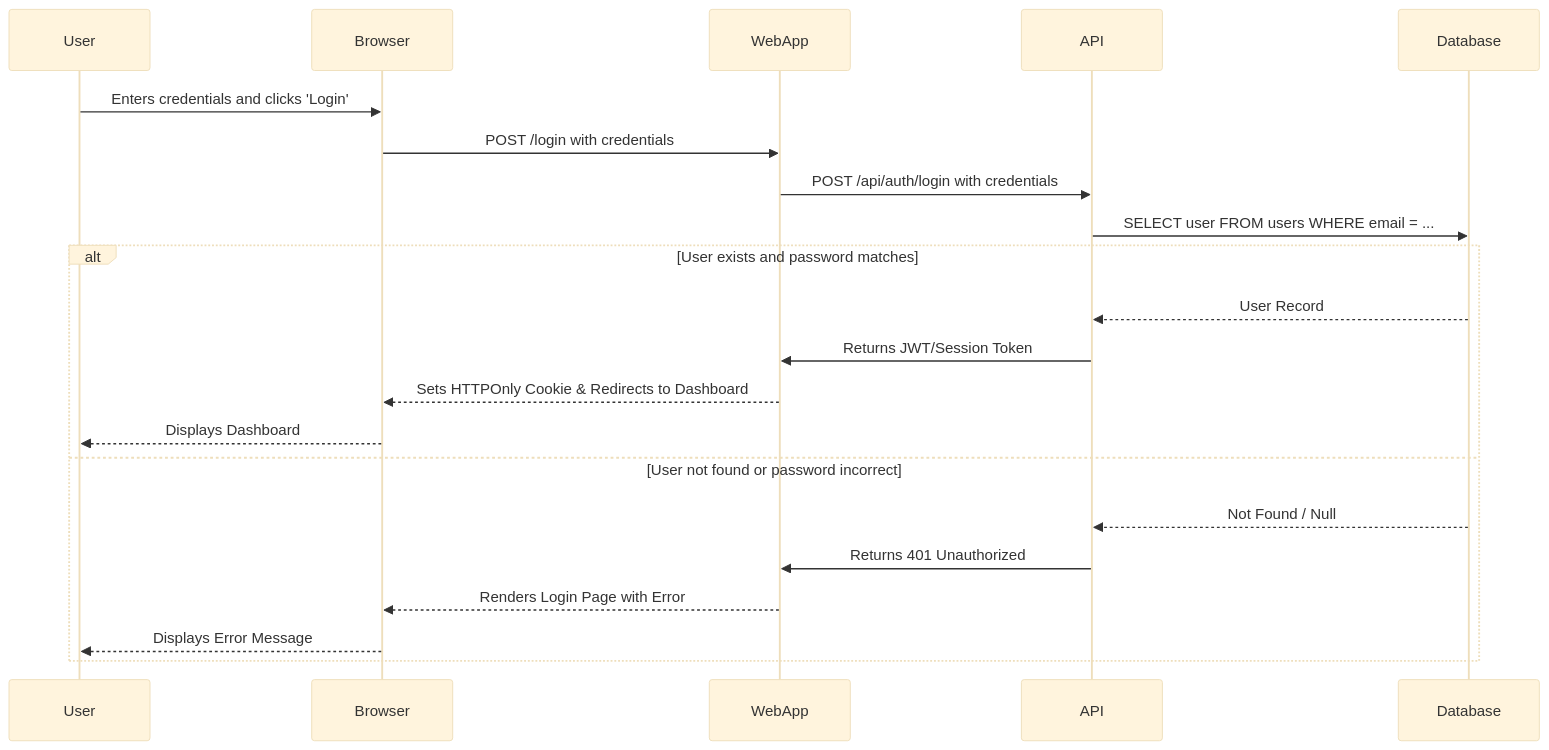
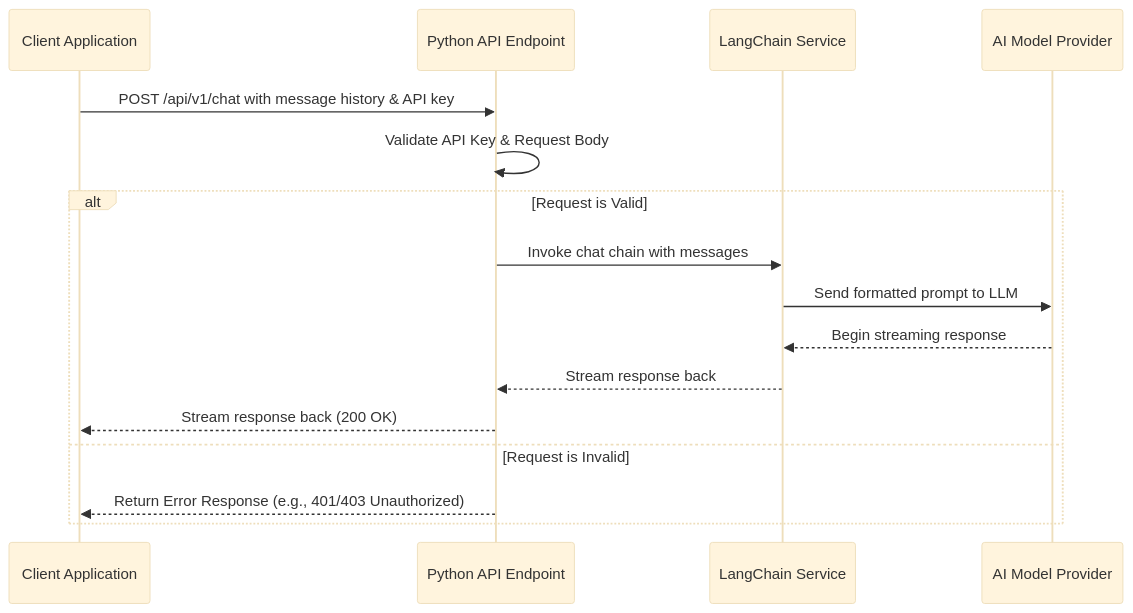
One commit to ljdelavega/ai-chatbot-api changed the second of 2 diagrams in docs/architecture_docs.md. Above: the diagram before and after it, drawn with Mermaid (base theme). The commit also changed other lines of this file and 1 other file, not shown here.

Commit message:
Update architecture docs and README

````diff
--- a/docs/architecture_docs.md
+++ b/docs/architecture_docs.md
@@ -65,24 +81,19 @@
 ```mermaid
 sequenceDiagram
-    participant User
-    participant Browser
-    participant WebApp
-    participant API
-    participant Database
+    participant ClientApp as Client Application
+    participant FastAPI as Python API Endpoint
+    participant LangChain as LangChain Service
+    participant AIProvider as AI Model Provider
 
-    User->>Browser: Enters credentials and clicks 'Login'
-    Browser->>WebApp: POST /login with credentials
-    WebApp->>API: POST /api/auth/login with credentials
-    API->>Database: SELECT user FROM users WHERE email = ...
-    alt User exists and password matches
-        Database-->>API: User Record
-        API->>WebApp: Returns JWT/Session Token
-        WebApp-->>Browser: Sets HTTPOnly Cookie & Redirects to Dashboard
-        Browser-->>User: Displays Dashboard
-    else User not found or password incorrect
-        Database-->>API: Not Found / Null
-        API->>WebApp: Returns 401 Unauthorized
-        WebApp-->>Browser: Renders Login Page with Error
-        Browser-->>User: Displays Error Message
+    ClientApp->>FastAPI: POST /api/v1/chat with message history & API key
+    FastAPI->>FastAPI: Validate API Key & Request Body
+    alt Request is Valid
+        FastAPI->>LangChain: Invoke chat chain with messages
+        LangChain->>AIProvider: Send formatted prompt to LLM
+        AIProvider-->>LangChain: Begin streaming response
+        LangChain-->>FastAPI: Stream response back
+        FastAPI-->>ClientApp: Stream response back (200 OK)
+    else Request is Invalid
+        FastAPI-->>ClientApp: Return Error Response (e.g., 401/403 Unauthorized)
     end
 ```
````
